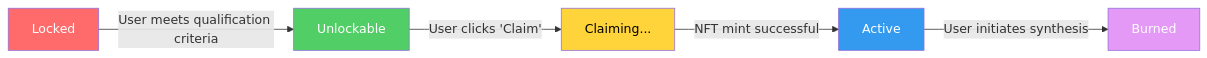
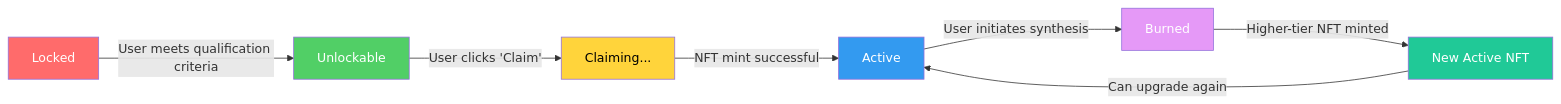
Before and after one commit to ljg-cqu/aiw3-nft-solana: the diagram in docs/business/AIW3-NFT-Business-Rules-and-Flows.md, drawn with Mermaid.

Commit message:
docs: add NFT synthesis cycle to state diagram showing upgrade path

````diff
--- a/docs/business/AIW3-NFT-Business-Rules-and-Flows.md
+++ b/docs/business/AIW3-NFT-Business-Rules-and-Flows.md
@@ -46,13 +46,16 @@
 ```mermaid
 flowchart LR
     A[Locked] -->|User meets qualification criteria| B[Unlockable]
     B -->|User clicks 'Claim'| C[Claiming...]
     C -->|NFT mint successful| D[Active]
     D -->|User initiates synthesis| E[Burned]
+    E -->|Higher-tier NFT minted| F[New Active NFT]
+    F -->|Can upgrade again| D
     
     style A fill:#ff6b6b,color:#fff
     style B fill:#51cf66,color:#fff
     style C fill:#ffd43b,color:#000
     style D fill:#339af0,color:#fff
     style E fill:#e599f7,color:#fff
+    style F fill:#20c997,color:#fff
 ```
````
